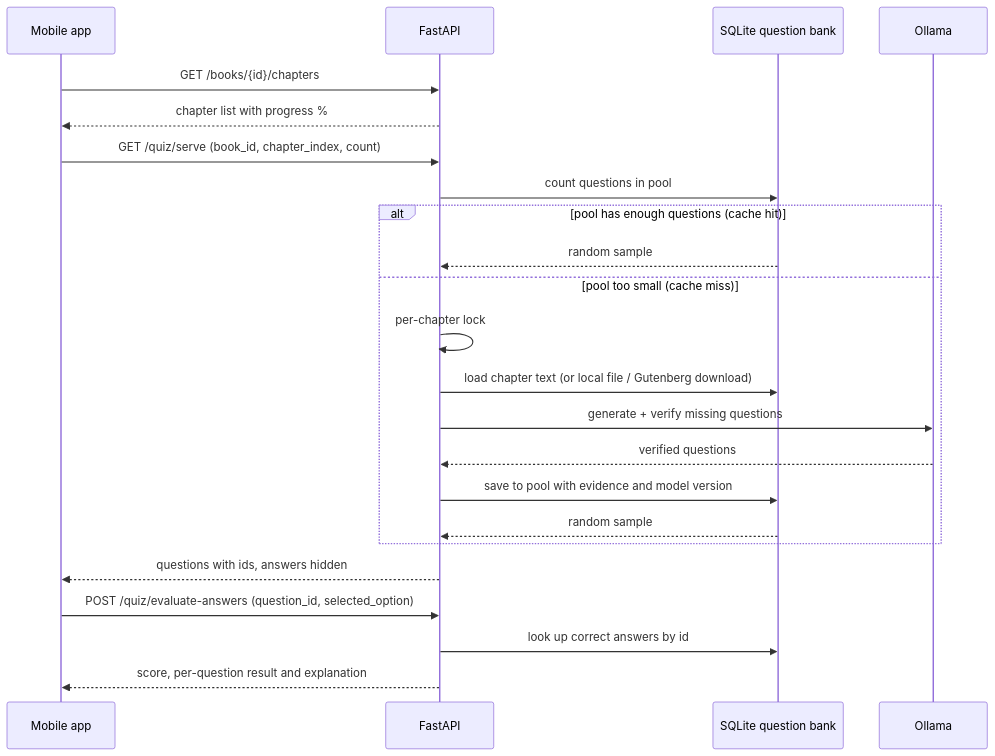
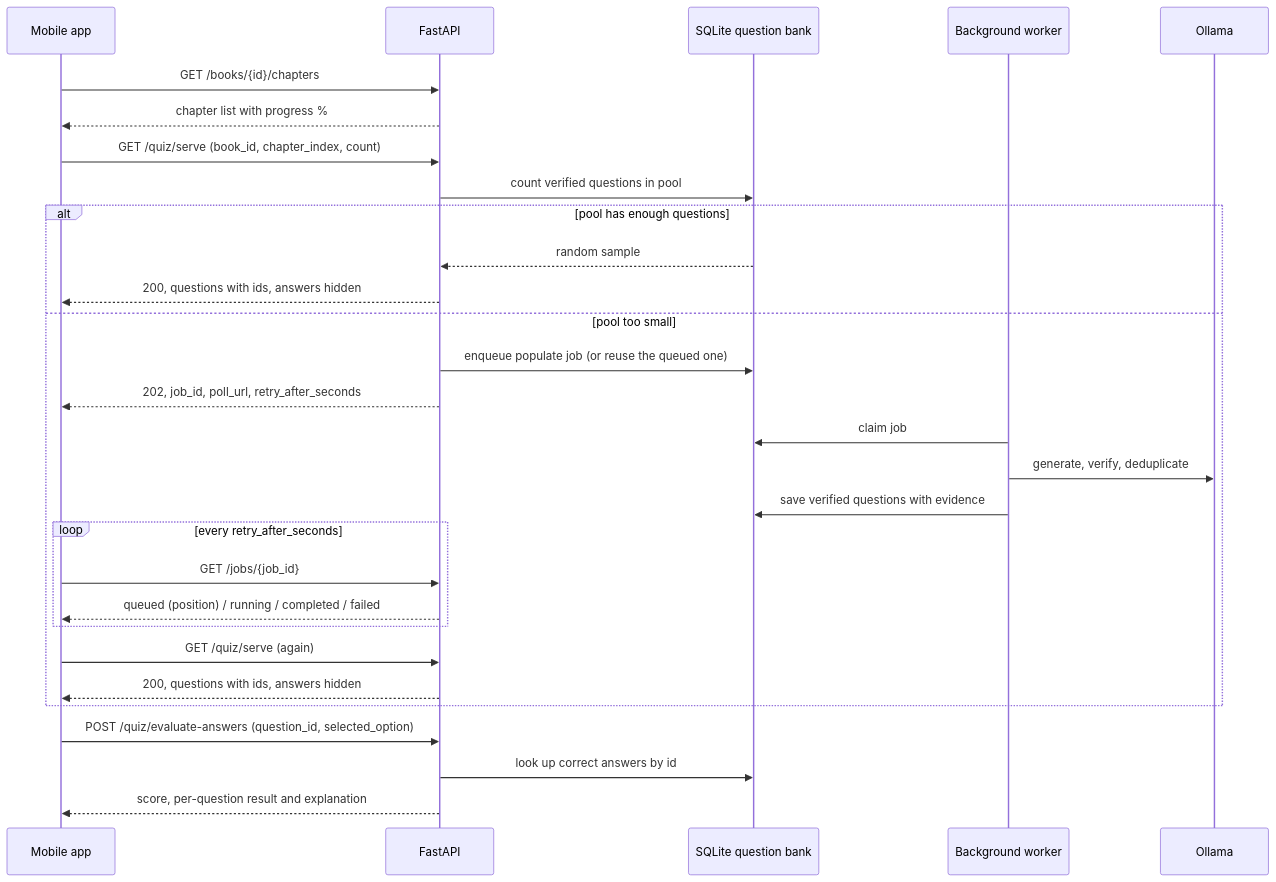
One commit to Enki013/context-rag changed the third of 3 diagrams in README.md. Above: the diagram before and after it, drawn with Mermaid. The commit also changed other lines of this file and 23 other files, not shown here.

````diff
--- a/README.md
+++ b/README.md
@@ -42,28 +74,34 @@
 ```mermaid
 sequenceDiagram
     participant App as Mobile app
     participant API as FastAPI
     participant DB as SQLite question bank
+    participant W as Background worker
     participant LLM as Ollama
 
     App->>API: GET /books/{id}/chapters
     API-->>App: chapter list with progress %
 
     App->>API: GET /quiz/serve (book_id, chapter_index, count)
-    API->>DB: count questions in pool
-    alt pool has enough questions (cache hit)
+    API->>DB: count verified questions in pool
+    alt pool has enough questions
         DB-->>API: random sample
-    else pool too small (cache miss)
-        API->>API: per-chapter lock
-        API->>DB: load chapter text (or local file / Gutenberg download)
-        API->>LLM: generate + verify missing questions
-        LLM-->>API: verified questions
-        API->>DB: save to pool with evidence and model version
-        DB-->>API: random sample
+        API-->>App: 200, questions with ids, answers hidden
+    else pool too small
+        API->>DB: enqueue populate job (or reuse the queued one)
+        API-->>App: 202, job_id, poll_url, retry_after_seconds
+        W->>DB: claim job
+        W->>LLM: generate, verify, deduplicate
+        W->>DB: save verified questions with evidence
+        loop every retry_after_seconds
+            App->>API: GET /jobs/{job_id}
+            API-->>App: queued (position) / running / completed / failed
+        end
+        App->>API: GET /quiz/serve (again)
+        API-->>App: 200, questions with ids, answers hidden
     end
-    API-->>App: questions with ids, answers hidden
 
     App->>API: POST /quiz/evaluate-answers (question_id, selected_option)
     API->>DB: look up correct answers by id
     API-->>App: score, per-question result and explanation
 ```
````
